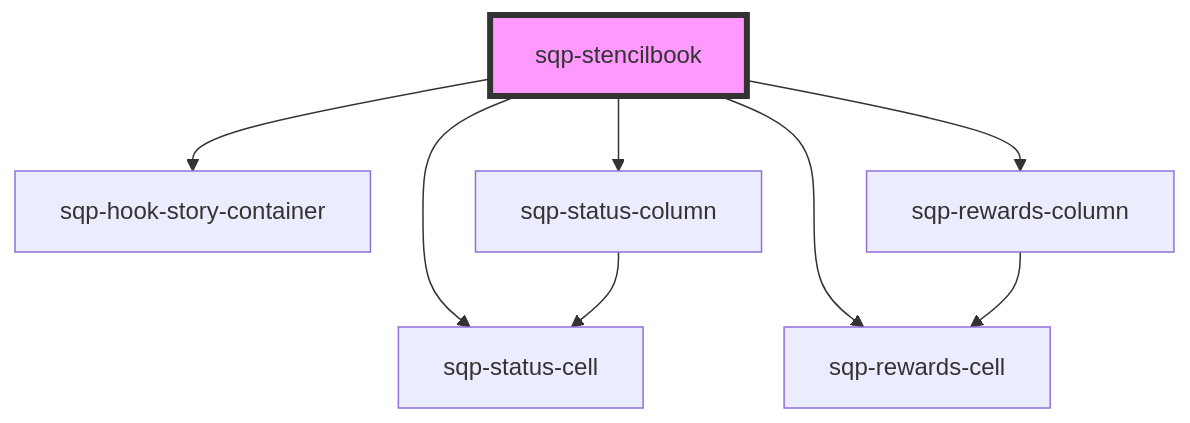
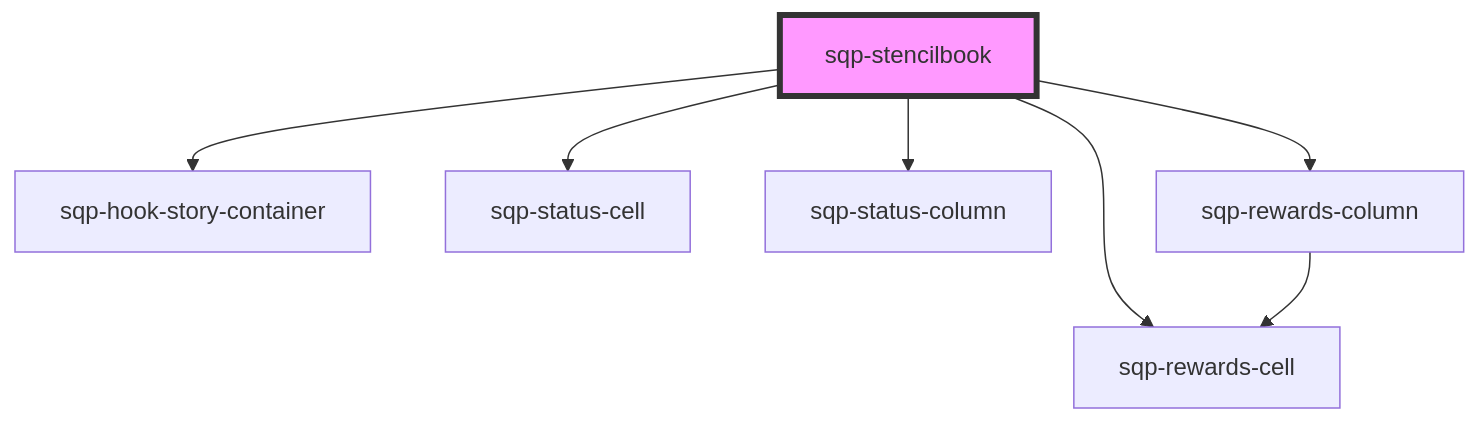
One commit to saasquatch/program-tools changed the diagram in packages/paypal-components/src/components/sqp-stencilbook/readme.md. Above: the diagram before and after it, drawn with Mermaid. The commit also changed 10 other files, not shown here.

````diff
--- a/packages/paypal-components/src/components/sqp-stencilbook/readme.md
+++ b/packages/paypal-components/src/components/sqp-stencilbook/readme.md
@@ -19,11 +19,10 @@
 ```mermaid
 graph TD;
   sqp-stencilbook --> sqp-hook-story-container
   sqp-stencilbook --> sqp-status-cell
   sqp-stencilbook --> sqp-status-column
   sqp-stencilbook --> sqp-rewards-cell
   sqp-stencilbook --> sqp-rewards-column
-  sqp-status-column --> sqp-status-cell
   sqp-rewards-column --> sqp-rewards-cell
   style sqp-stencilbook fill:#f9f,stroke:#333,stroke-width:4px
 ```
````
